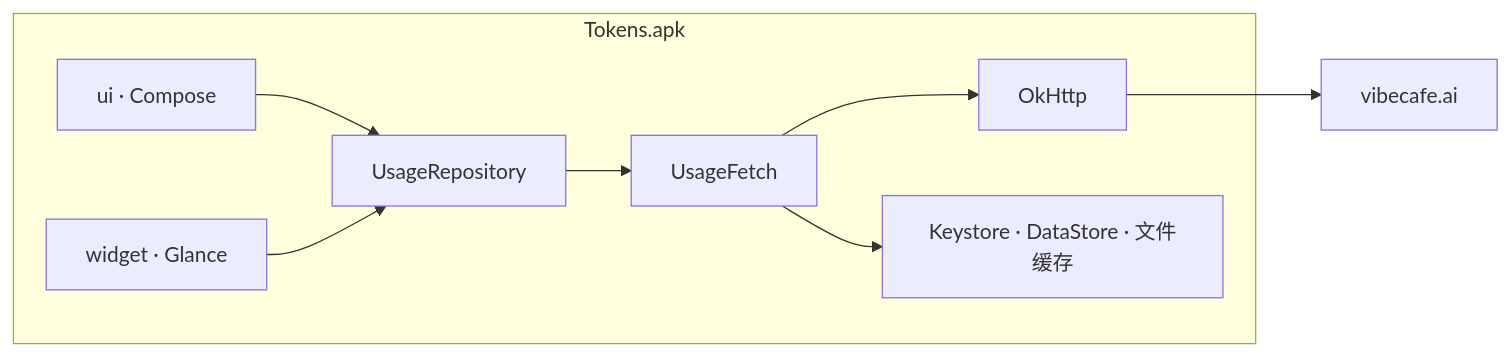
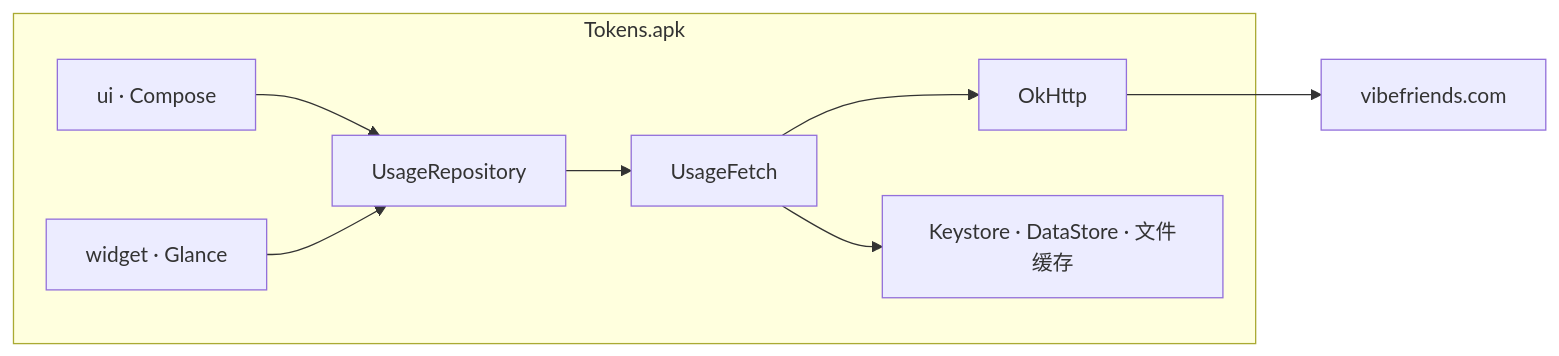
One commit to ziyuhaokun/tokens changed the diagram in README.md. Above: the diagram before and after it, drawn with Mermaid. The commit also changed other lines of this file and 10 other files, not shown here.

Commit message:
fix: migrate upstream domain to vibefriends.com and bump to 0.11.6

````diff
--- a/README.md
+++ b/README.md
@@ -108,17 +108,17 @@
 ```mermaid
 flowchart LR
   subgraph apk [Tokens.apk]
     UI[ui · Compose]
     Widget[widget · Glance]
     Repo[UsageRepository]
     Fetch[UsageFetch]
     API[OkHttp]
     Disk[Keystore · DataStore · 文件缓存]
     UI --> Repo
     Widget --> Repo
     Repo --> Fetch
     Fetch --> API
     Fetch --> Disk
   end
-  API --> Cloud[vibecafe.ai]
+  API --> Cloud[vibefriends.com]
 ```
````
